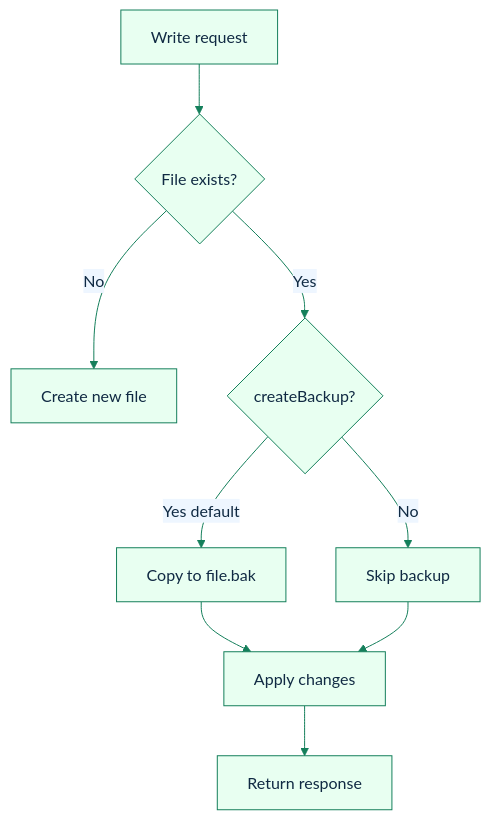
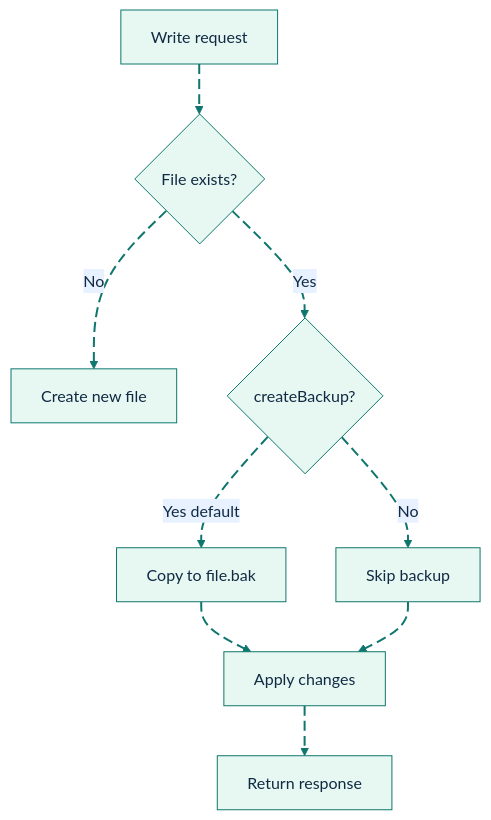
The eighth of 8 diagrams in docs/file-write-tool.md (GlitterKill/sdl-mcp), drawn with Mermaid before and after one commit. The commit also changed other lines of this file and 33 other files, not shown here.

First line of the commit message:
docs: update mermaid diagram themes and styling across documentation

````diff
--- a/docs/file-write-tool.md
+++ b/docs/file-write-tool.md
@@ -394,12 +461,21 @@
 ```mermaid
-%%{init: {"theme":"base","themeVariables":{"primaryColor":"#e8fff1","primaryBorderColor":"#157f5b","primaryTextColor":"#102a43","secondaryColor":"#eef6ff","secondaryBorderColor":"#2563eb","tertiaryColor":"#fff4d6","tertiaryBorderColor":"#b45309","lineColor":"#157f5b","fontFamily":"Trebuchet MS, Arial"},"flowchart":{"curve":"basis"}}}%%
+%%{init: {"theme":"base","themeVariables":{"background":"#ffffff","primaryColor":"#E7F8F2","primaryBorderColor":"#0F766E","primaryTextColor":"#102A43","secondaryColor":"#E8F1FF","secondaryBorderColor":"#2563EB","secondaryTextColor":"#102A43","tertiaryColor":"#FFF4D6","tertiaryBorderColor":"#B45309","tertiaryTextColor":"#102A43","lineColor":"#0F766E","textColor":"#102A43","fontFamily":"Inter, ui-sans-serif, system-ui, -apple-system, BlinkMacSystemFont, Segoe UI, sans-serif"},"flowchart":{"curve":"basis","htmlLabels":true}}}%%
 flowchart TD
-    A[Write request] --> B{File exists?}
-    B -->|No| C[Create new file]
-    B -->|Yes| D{createBackup?}
-    D -->|Yes default| E[Copy to file.bak]
-    D -->|No| F[Skip backup]
-    E --> G[Apply changes]
-    F --> G
-    G --> H[Return response]
+    A[Write request] e1@--> B{File exists?}
+    B e2@-->|No| C[Create new file]
+    B e3@-->|Yes| D{createBackup?}
+    D e4@-->|Yes default| E[Copy to file.bak]
+    D e5@-->|No| F[Skip backup]
+    E e6@--> G[Apply changes]
+    F e7@--> G
+    G e8@--> H[Return response]
+
+    classDef source fill:#E7F8F2,stroke:#0F766E,stroke-width:2px,color:#102A43;
+    classDef process fill:#E8F1FF,stroke:#2563EB,stroke-width:2px,color:#102A43;
+    classDef decision fill:#FFF4D6,stroke:#B45309,stroke-width:2px,color:#102A43;
+    classDef storage fill:#F2E8FF,stroke:#7C3AED,stroke-width:2px,color:#102A43;
+    classDef output fill:#FFE8EF,stroke:#BE123C,stroke-width:2px,color:#102A43;
+    classDef muted fill:#F8FAFC,stroke:#64748B,stroke-width:1px,color:#102A43;
+    classDef animate stroke:#0F766E,stroke-width:2px,stroke-dasharray:10\,5,stroke-dashoffset:900,animation:dash 22s linear infinite;
+    class e1,e2,e3,e4,e5,e6,e7,e8 animate;
 ```
````
